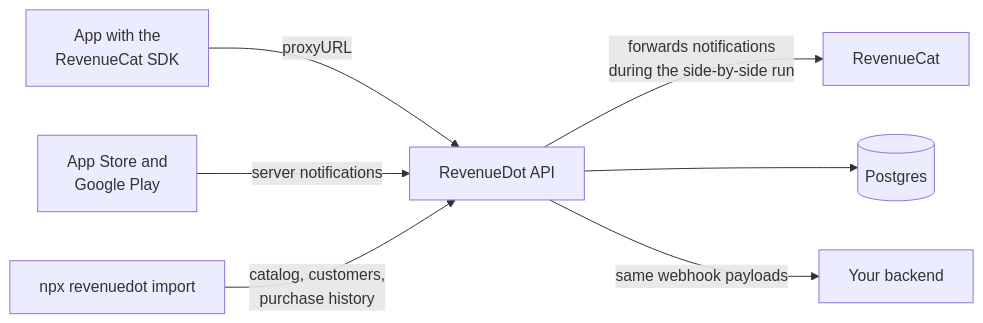
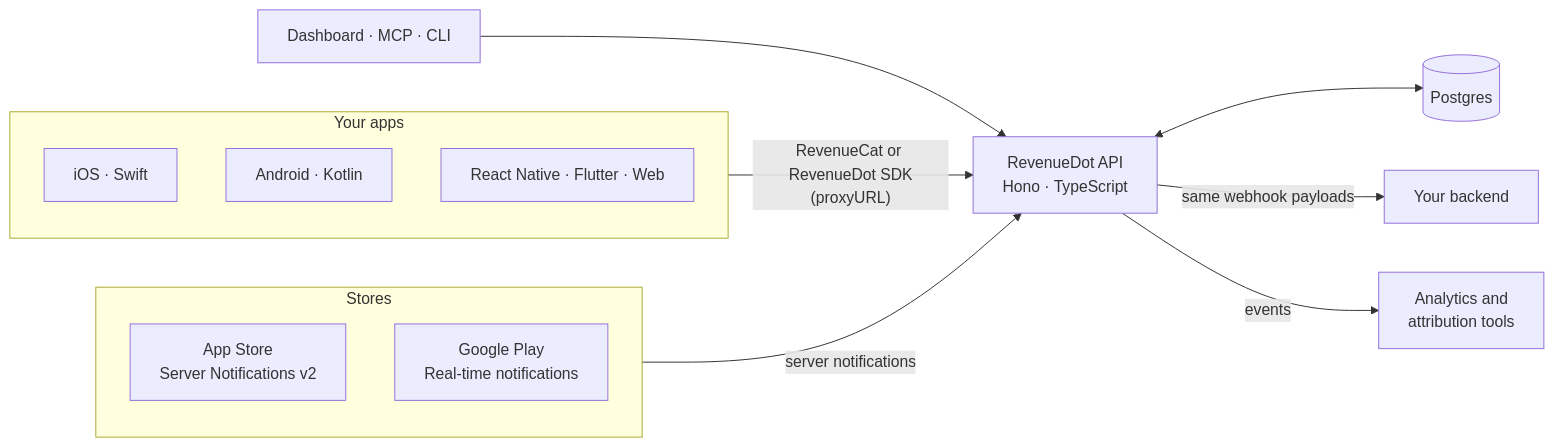
Before and after one commit to revenuedot/revenuedot: the first of 2 diagrams in README.md, drawn with Mermaid. The commit also changed other lines of this file and 3 other files, not shown here.

Commit message:
README: richer, search-focused, with dashboard screenshots, diagrams, per-SDK migration, compatibility, comparison and FAQ

````diff
--- a/README.md
+++ b/README.md
@@ -69,9 +74,18 @@
 ```mermaid
 flowchart LR
-  A[App with the<br/>RevenueCat SDK] -- proxyURL --> B[RevenueDot API]
-  S[App Store and<br/>Google Play] -- server notifications --> B
-  B -- forwards notifications<br/>during the side-by-side run --> R[RevenueCat]
-  B --> D[(Postgres)]
-  B -- same webhook payloads --> W[Your backend]
-  I[npx revenuedot import] -- catalog, customers,<br/>purchase history --> B
+  subgraph Apps["Your apps"]
+    iOS["iOS · Swift"]
+    And["Android · Kotlin"]
+    X["React Native · Flutter · Web"]
+  end
+  subgraph Stores["Stores"]
+    AS["App Store<br/>Server Notifications v2"]
+    GP["Google Play<br/>Real-time notifications"]
+  end
+  Apps -- "RevenueCat or RevenueDot SDK<br/>(proxyURL)" --> API["RevenueDot API<br/>Hono · TypeScript"]
+  Stores -- "server notifications" --> API
+  API <--> DB[("Postgres")]
+  API -- "same webhook payloads" --> BE["Your backend"]
+  API -- "events" --> INT["Analytics and<br/>attribution tools"]
+  DASH["Dashboard · MCP · CLI"] --> API
 ```
````
